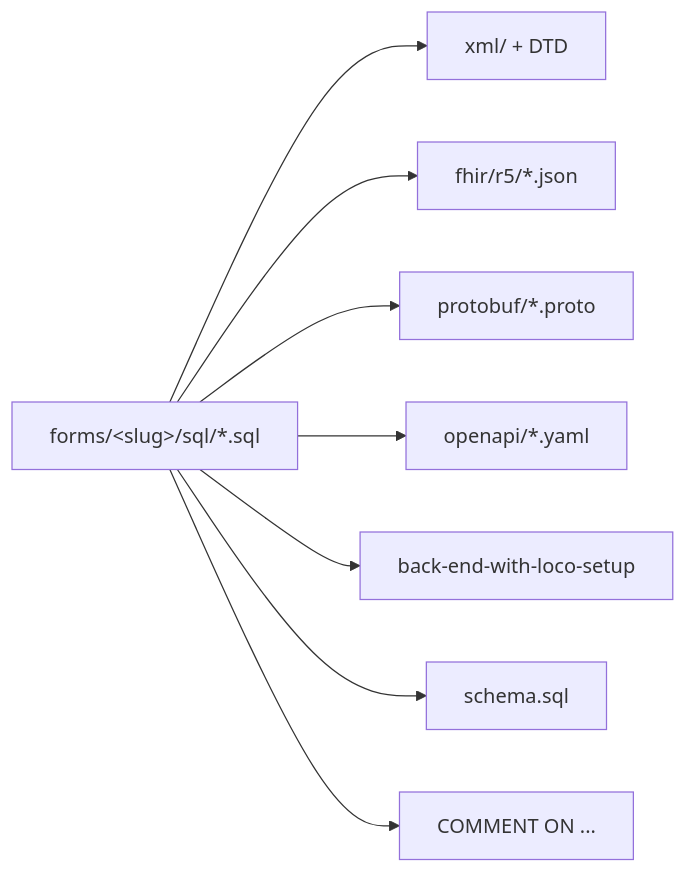
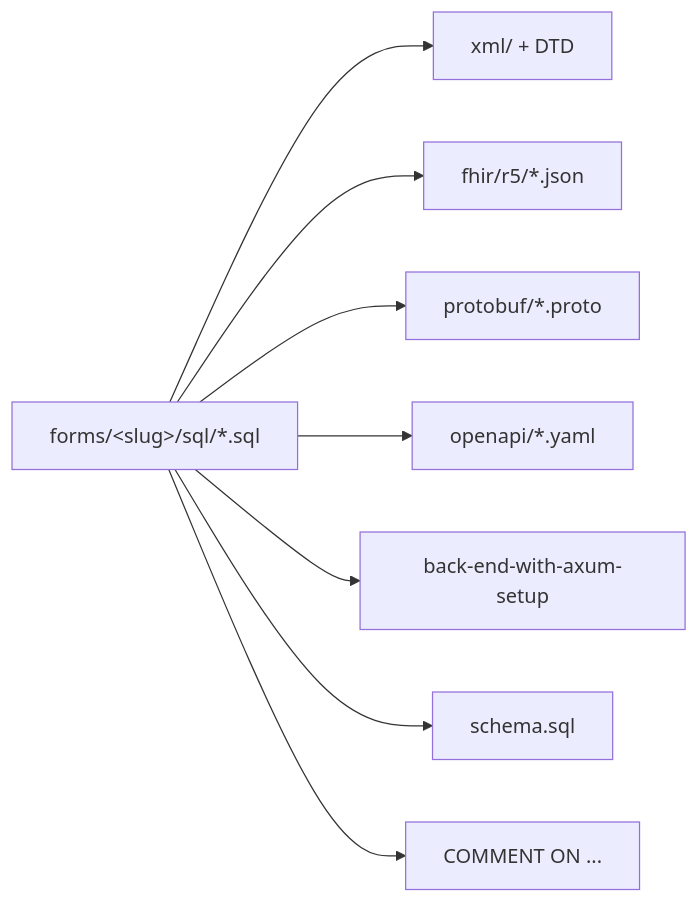
One commit to FormExamples/form-examples changed the diagram in docs/generator-pipeline.md. Above: the diagram before and after it, drawn with Mermaid. The commit also changed other lines of this file and 68785 other files, not shown here.

First line of the commit message:
Replace the Loco back ends with Axum and axa

````diff
--- a/docs/generator-pipeline.md
+++ b/docs/generator-pipeline.md
@@ -13,10 +13,10 @@
 ```mermaid
 flowchart LR
     SQL[forms/&lt;slug&gt;/sql/*.sql] --> X[xml/ + DTD]
     SQL --> F[fhir/r5/*.json]
     SQL --> P[protobuf/*.proto]
     SQL --> O[openapi/*.yaml]
-    SQL --> L[back-end-with-loco-setup]
+    SQL --> L[back-end-with-axum-setup]
     SQL --> S[schema.sql]
     SQL --> C[COMMENT ON ...]
 ```
````
